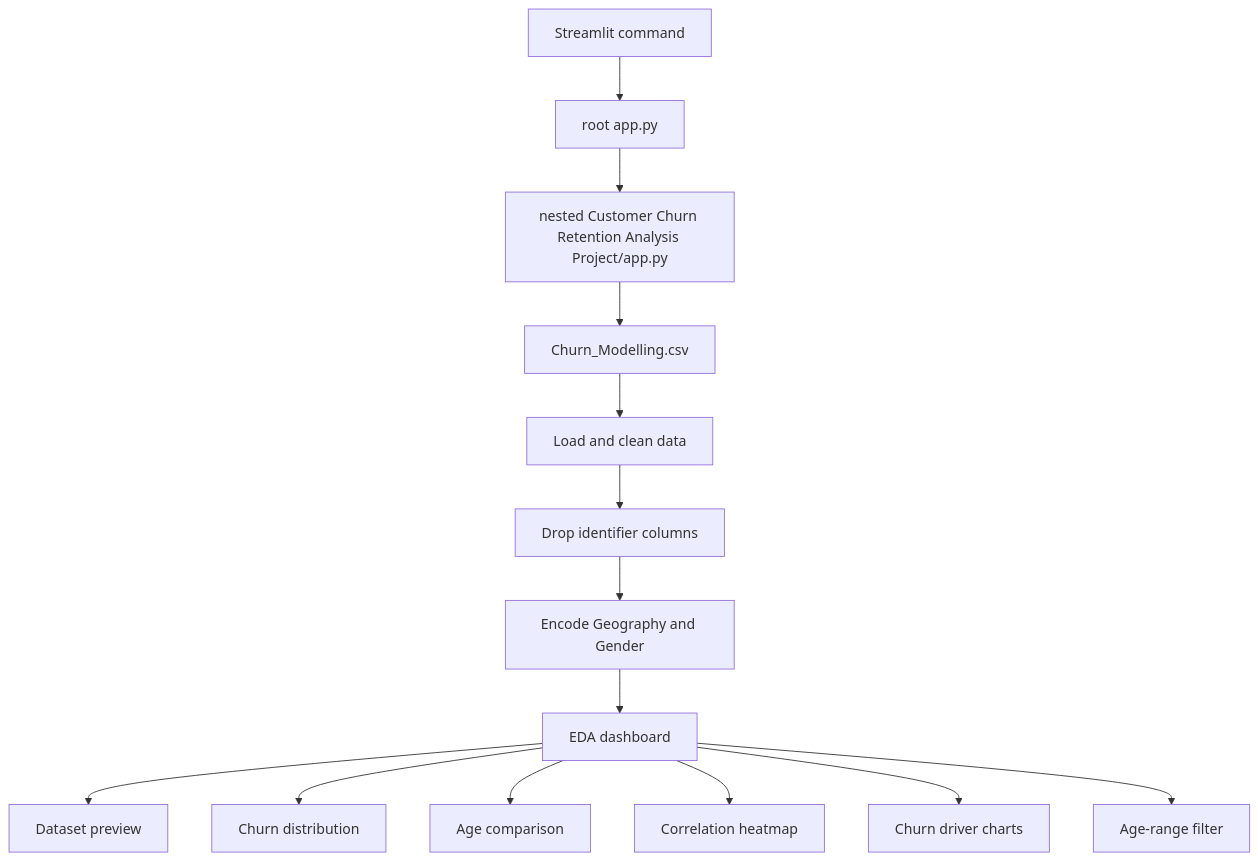
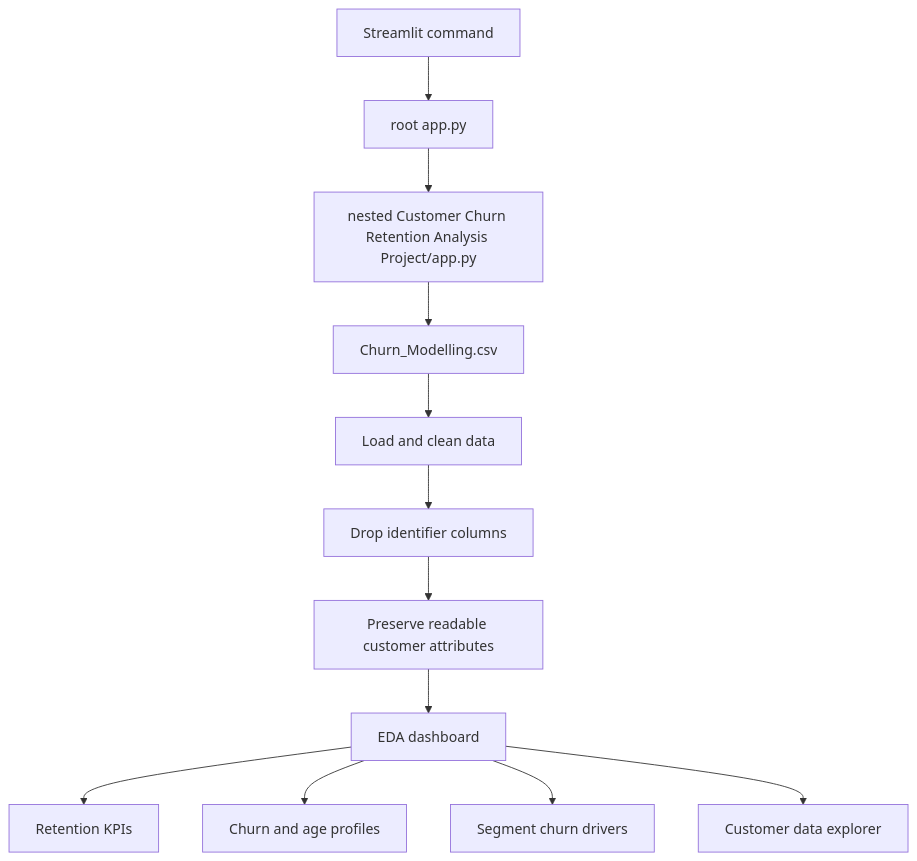
Before and after one commit to ai-genai-agenticai-intelligence/Customer-Churn-Retention-Analysis-: the diagram in README.md, drawn with Mermaid. The commit also changed other lines of this file and 3 other files, not shown here.

````diff
--- a/README.md
+++ b/README.md
@@ -7,16 +9,14 @@
 ```mermaid
 flowchart TD
 	A[Streamlit command] --> B[root app.py]
 	B --> C[nested Customer Churn Retention Analysis Project/app.py]
 	C --> D[Churn_Modelling.csv]
 	D --> E[Load and clean data]
 	E --> F[Drop identifier columns]
-	F --> G[Encode Geography and Gender]
+	F --> G[Preserve readable customer attributes]
 	G --> H[EDA dashboard]
-	H --> H1[Dataset preview]
-	H --> H2[Churn distribution]
-	H --> H3[Age comparison]
-	H --> H4[Correlation heatmap]
-	H --> H5[Churn driver charts]
-	H --> H6[Age-range filter]
+	H --> H1[Retention KPIs]
+	H --> H2[Churn and age profiles]
+	H --> H3[Segment churn drivers]
+	H --> H4[Customer data explorer]
 ```
````
